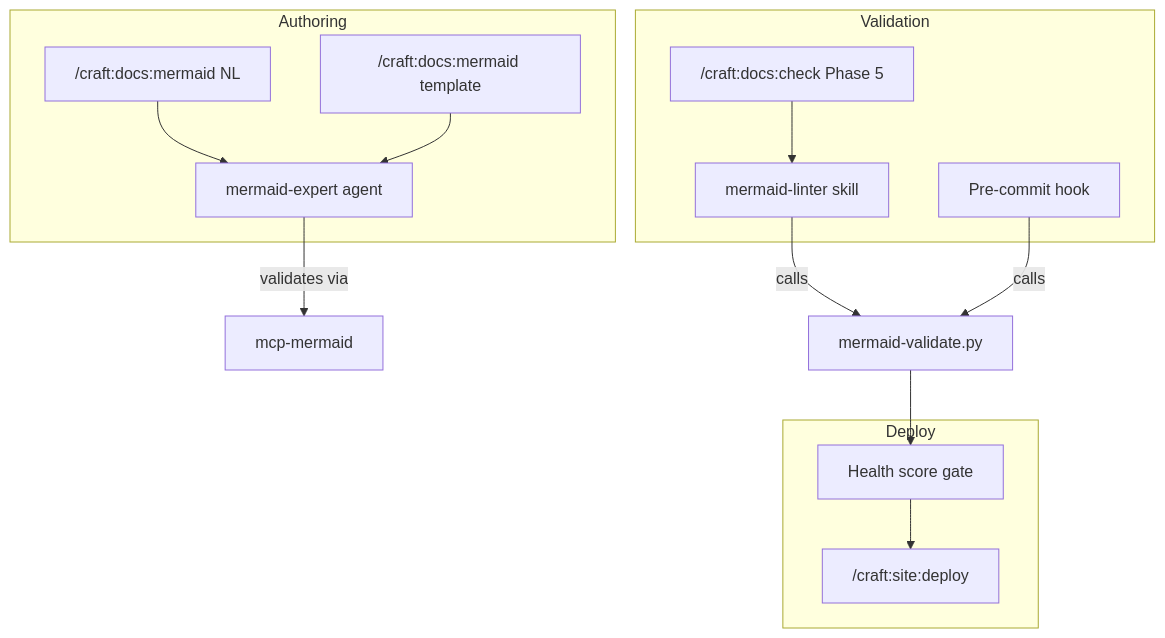
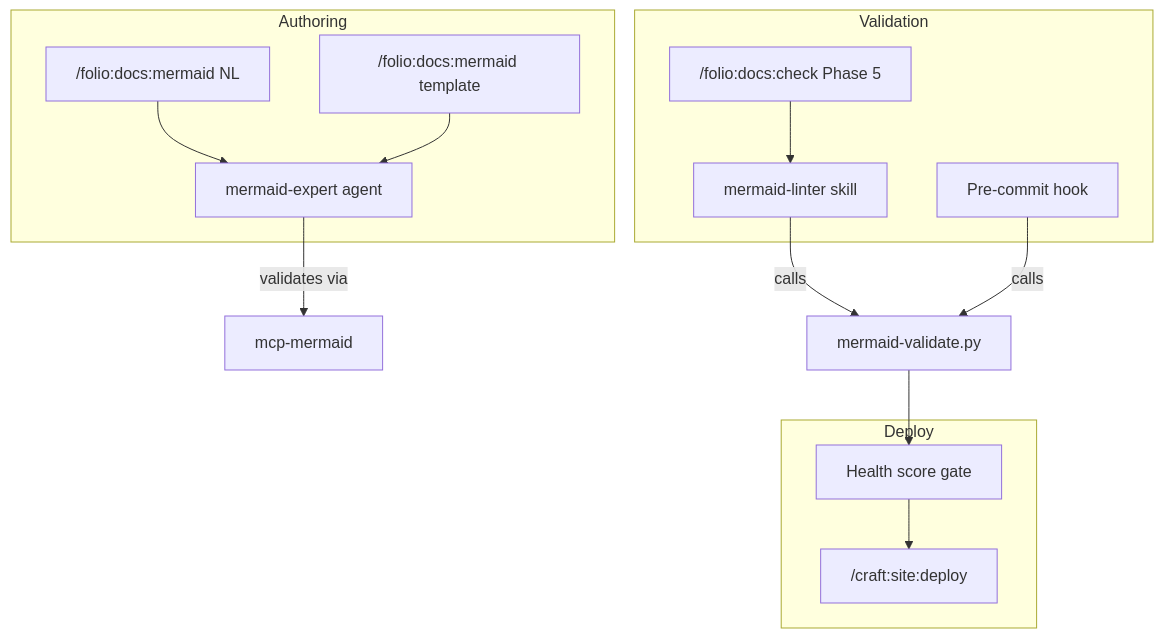
The third of 3 diagrams in docs/architecture/mermaid-validation-pipeline.md (Data-Wise/craft), drawn with Mermaid before and after one commit. The commit also changed other lines of this file and 64 other files, not shown here.

````diff
--- a/docs/architecture/mermaid-validation-pipeline.md
+++ b/docs/architecture/mermaid-validation-pipeline.md
@@ -126,30 +126,30 @@
 ```mermaid
 flowchart TD
     subgraph "Authoring"
-        NL["/craft:docs:mermaid NL"]
-        TPL["/craft:docs:mermaid template"]
+        NL["/folio:docs:mermaid NL"]
+        TPL["/folio:docs:mermaid template"]
         EXPERT["mermaid-expert agent"]
     end
 
     subgraph "Validation"
-        CHECK["/craft:docs:check Phase 5"]
+        CHECK["/folio:docs:check Phase 5"]
         LINT["mermaid-linter skill"]
         HOOK["Pre-commit hook"]
     end
 
     subgraph "Deploy"
         GATE["Health score gate"]
         SITE["/craft:site:deploy"]
     end
 
     NL --> EXPERT
     EXPERT -->|"validates via"| MCP["mcp-mermaid"]
     TPL --> EXPERT
 
     CHECK --> LINT
     LINT -->|"calls"| SCRIPT["mermaid-validate.py"]
     HOOK -->|"calls"| SCRIPT
 
     SCRIPT --> GATE
     GATE --> SITE
 ```
````
